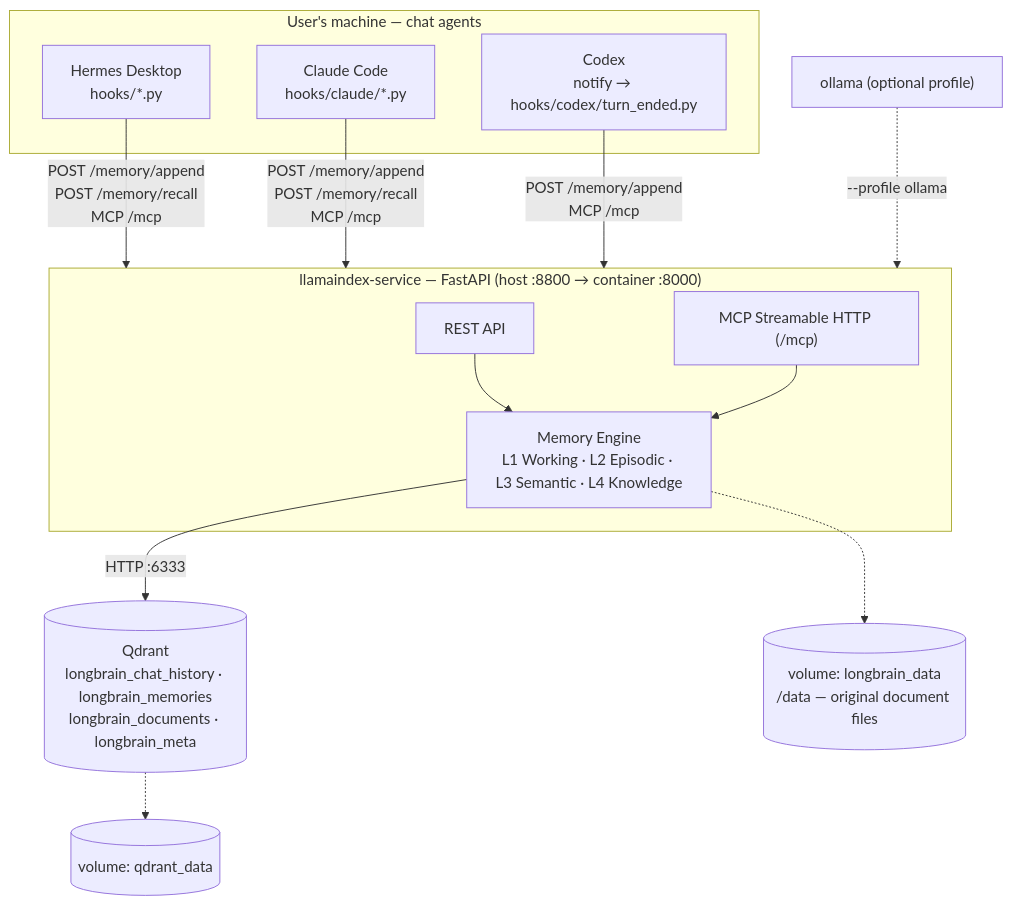
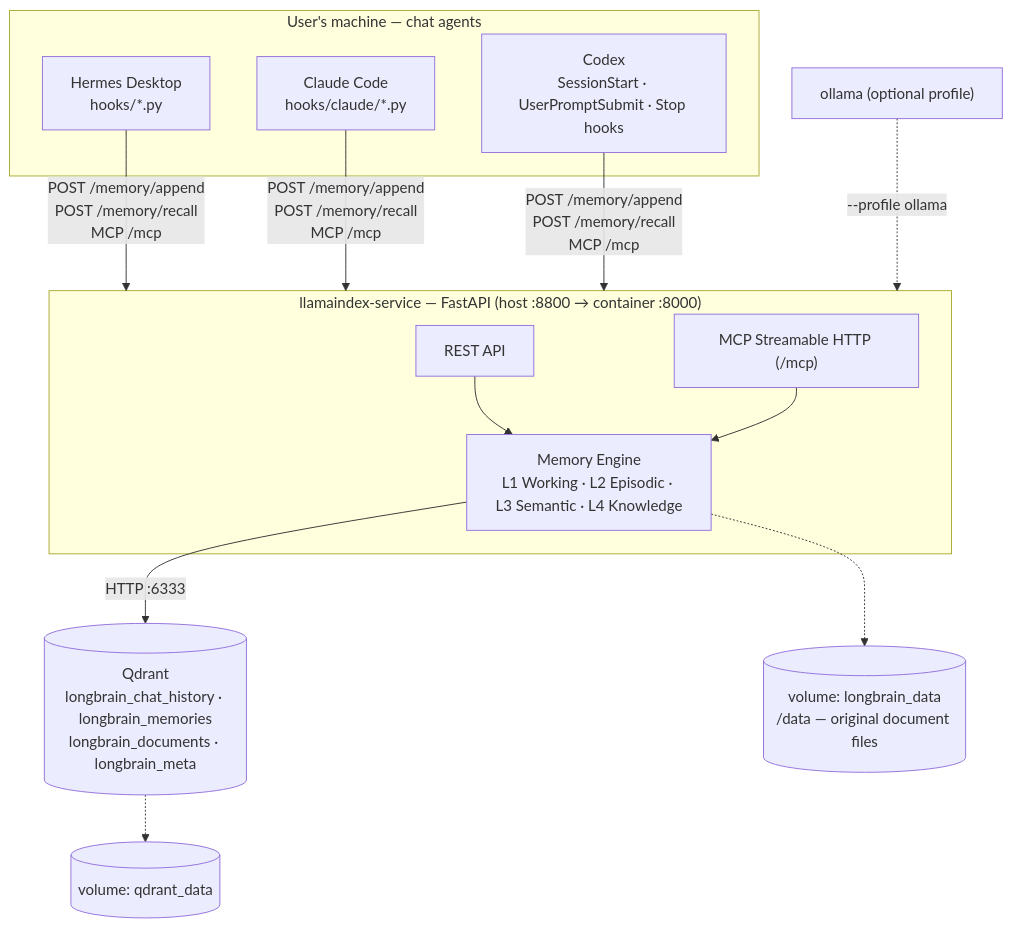
The diagram in README.md (ngocthanh06/hermes-longterm-memory), drawn with Mermaid before and after one commit. The commit also changed other lines of this file and 13 other files, not shown here.

First line of the commit message:
feat(adapters): Codex official lifecycle hooks — auto recall, recording, session-start catch-up

````diff
--- a/README.md
+++ b/README.md
@@ -70,26 +70,26 @@
 ```mermaid
 flowchart TB
     subgraph Agents["User's machine — chat agents"]
         HD["Hermes Desktop<br/>hooks/*.py"]
         CC["Claude Code<br/>hooks/claude/*.py"]
-        CX["Codex<br/>notify → hooks/codex/turn_ended.py"]
+        CX["Codex<br/>SessionStart · UserPromptSubmit · Stop hooks"]
     end
 
     HD -- "POST /memory/append<br/>POST /memory/recall<br/>MCP /mcp" --> SVC
     CC -- "POST /memory/append<br/>POST /memory/recall<br/>MCP /mcp" --> SVC
-    CX -- "POST /memory/append<br/>MCP /mcp" --> SVC
+    CX -- "POST /memory/append<br/>POST /memory/recall<br/>MCP /mcp" --> SVC
 
     subgraph SVC["llamaindex-service — FastAPI (host :8800 → container :8000)"]
         REST["REST API"]
         MCP["MCP Streamable HTTP (/mcp)"]
         ENGINE["Memory Engine<br/>L1 Working · L2 Episodic · L3 Semantic · L4 Knowledge"]
         REST --> ENGINE
         MCP --> ENGINE
     end
 
     ENGINE -- "HTTP :6333" --> QD[("Qdrant<br/>longbrain_chat_history · longbrain_memories<br/>longbrain_documents · longbrain_meta")]
     QD -.-> VOL[("volume: qdrant_data")]
     ENGINE -.-> DVOL[("volume: longbrain_data<br/>/data — original document files")]
 
     OLLAMA["ollama (optional profile)"] -. "--profile ollama" .-> SVC
 ```
````
